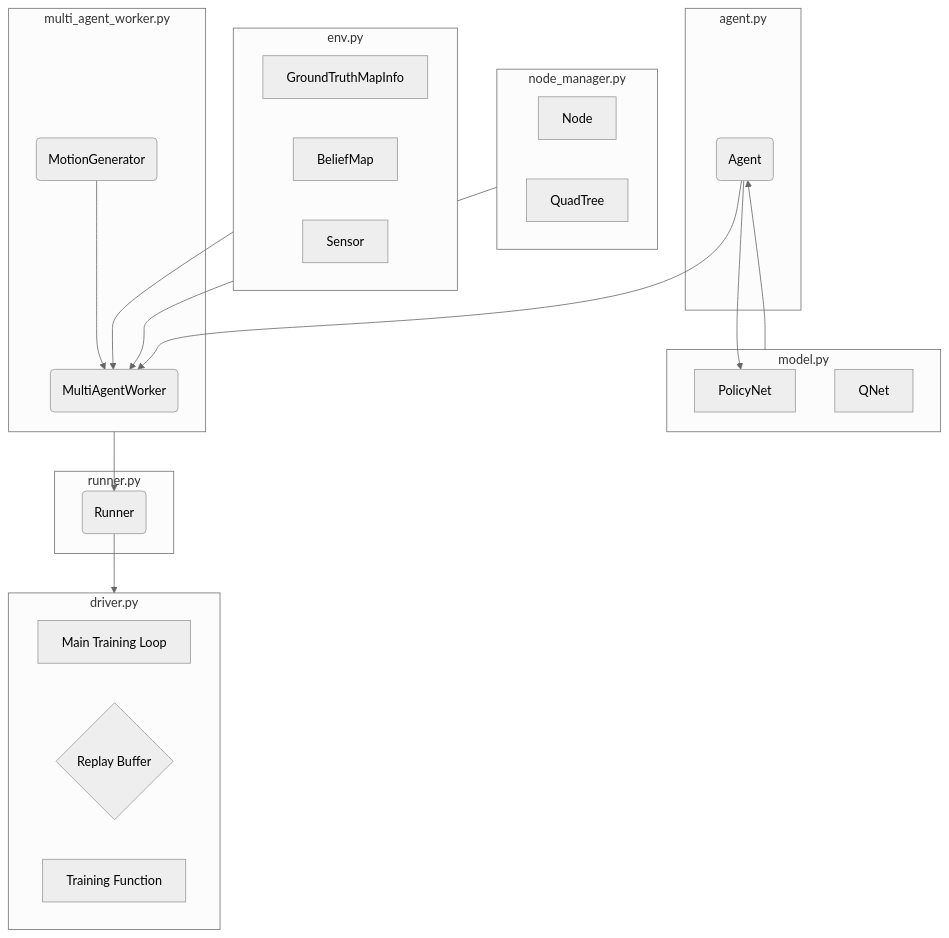
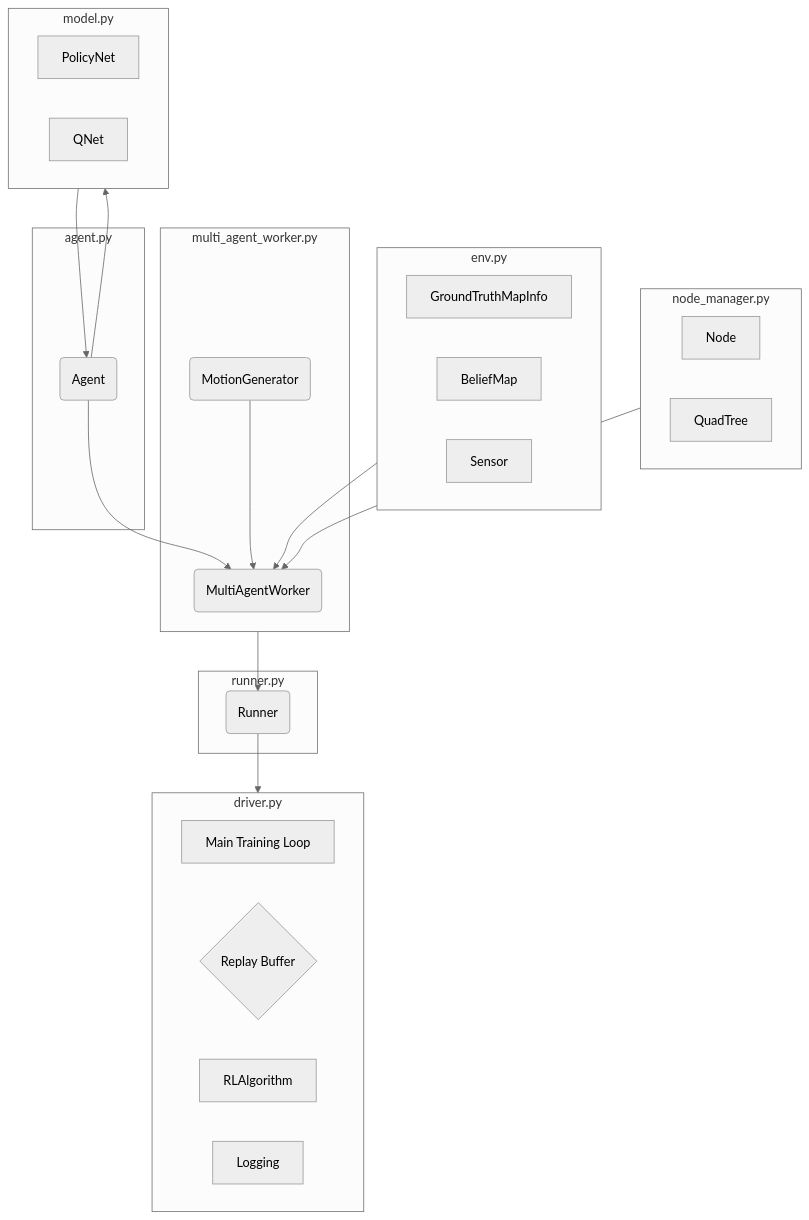
One commit to DiligentYoon/MARVEL-2025- changed the diagram in README.md. Above: the diagram before and after it, drawn with Mermaid (neutral theme).

````diff
--- a/README.md
+++ b/README.md
@@ -63,48 +63,49 @@
 ```mermaid
 graph TD;
     Simulation_Module --> Runner;
     Runner --> Driver_Module;
     Agent --> MultiAgentWorker;
     Env --> MultiAgentWorker;
-    Agent --> PolicyNet;
+    Agent --> Model;
     Model --> Agent;
     Node_Manager --> MultiAgentWorker;
     Motionmodel --> MultiAgentWorker;
 
 
     subgraph Model [model.py]
         PolicyNet[PolicyNet]
         QNet[QNet]
     end
 
     subgraph Node_Manager [node_manager.py]
         Node[Node];
         QuadTree[QuadTree];
     end
 
     subgraph Env [env.py]
         TrueMap[GroundTruthMapInfo];
         BeliefMap[BeliefMap];
         Sensor[Sensor];
     end
 
     subgraph Driver_Module [driver.py]
         Driver[Main Training Loop];
         ReplayBuffer{Replay Buffer};
-        TrainingFunc[Training Function];
+        RLAlgorithm[RLAlgorithm]
+        Logging[Logging];
     end
 
     subgraph Runner_Module [runner.py]
         Runner(Runner);
     end
 
     subgraph Simulation_Module [multi_agent_worker.py]
         MultiAgentWorker(MultiAgentWorker);
         Motionmodel(MotionGenerator);
     end
 
     subgraph Agent_Module [agent.py]
 
         Agent(Agent);
     end
 ```
````
